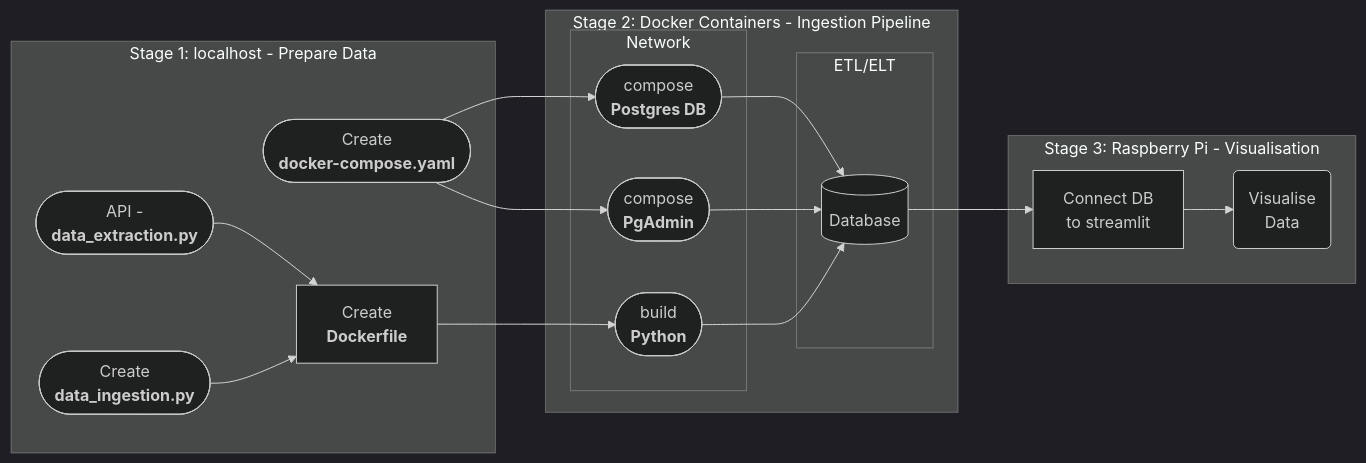
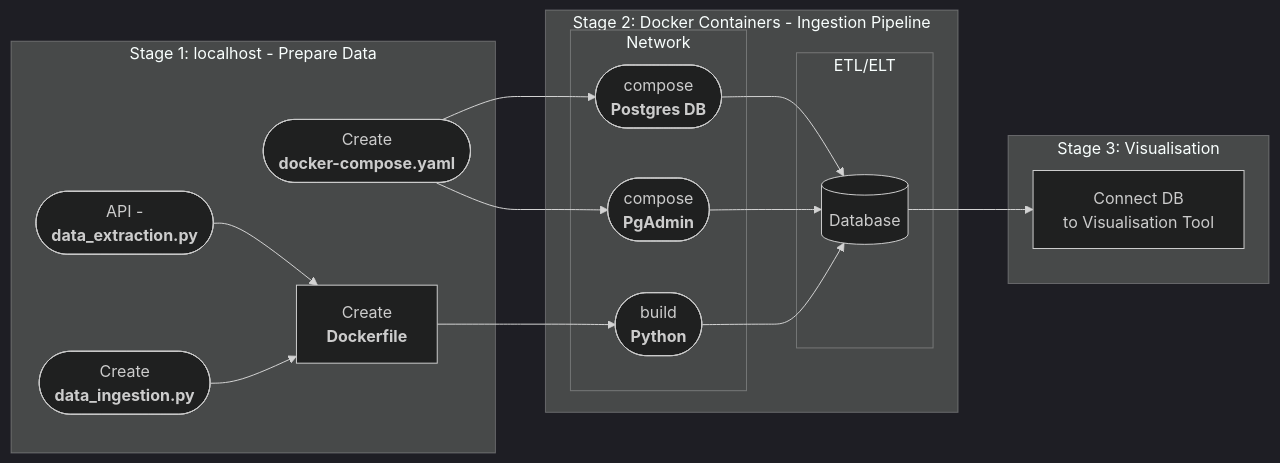
One commit to Filpill/blog-web changed the diagram in content/projects/2024-01-16-docker-ingestion.md. Above: the diagram before and after it, drawn with Mermaid (dark theme). The commit also changed other lines of this file and 1 other file, not shown here.

```diff
--- a/content/projects/2024-01-16-docker-ingestion.md
+++ b/content/projects/2024-01-16-docker-ingestion.md
@@ -29,32 +31,31 @@
 {{<mermaid>}}
 
 graph LR;
     subgraph Stage 1: localhost - Prepare Data
     0([API - <br><strong>data_extraction.py</strong>])
     1([Create <br><strong>data_ingestion.py</strong>])
     2([Create <br><strong>docker-compose.yaml</strong>])
     3[Create <br><strong>Dockerfile</strong>]
     0-->3
     1-->3
     end
 
     subgraph Stage 2: Docker Containers - Ingestion Pipeline
     subgraph Network 
     2-->D0([compose <br><strong>Postgres DB</strong>])
     2-->D1([compose <br><strong>PgAdmin</strong>])
     3-->D2([build <br><strong>Python</strong>])
     end
 
     subgraph ETL/ELT 
     D0-->DB[(Database)]
     D1-->DB
     D2-->DB
     end
     end                                        
 
-    subgraph Stage 3: Raspberry Pi - Visualisation
-    DB-->data[Connect DB <br>to streamlit]
-    data-->viz(Visualise <br>Data)
+    subgraph Stage 3: Visualisation
+    DB-->viz[Connect DB <br>to Visualisation Tool]
     end
     
 {{</mermaid>}}
```
